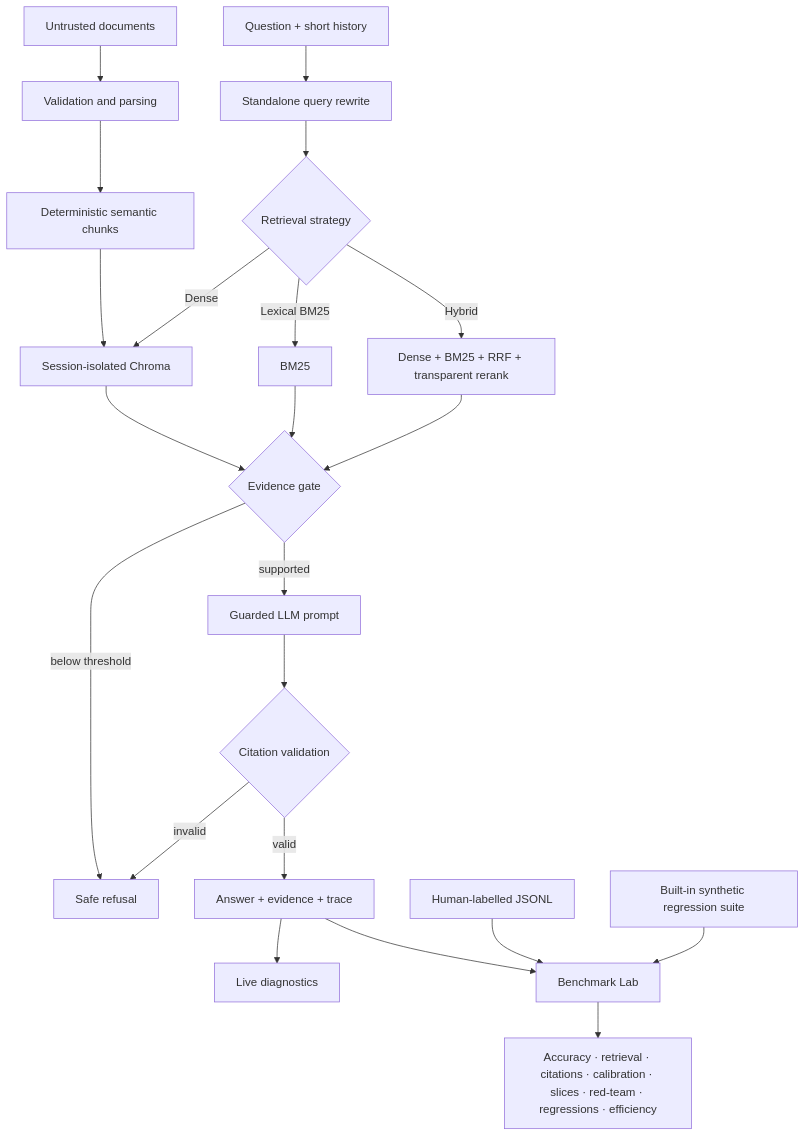
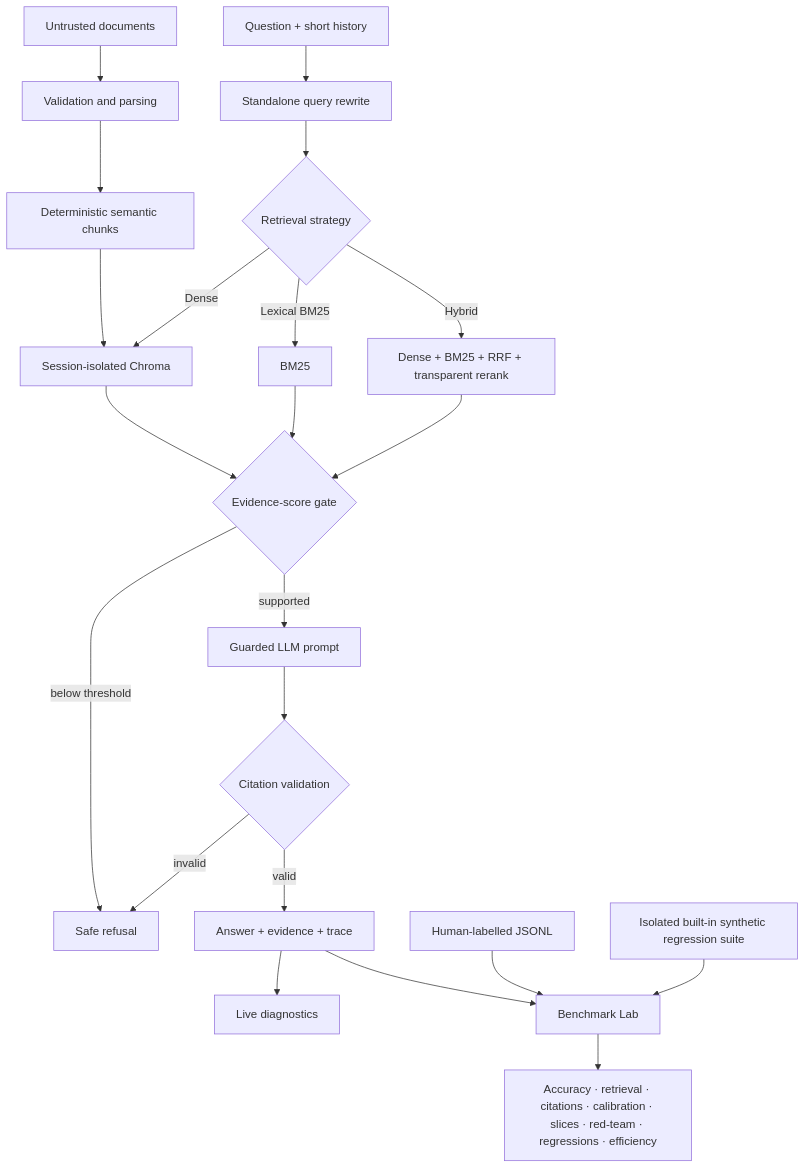
One commit to mohit231007/verirag-intelligence-studio changed the diagram in README.md. Above: the diagram before and after it, drawn with Mermaid. The commit also changed other lines of this file, not shown here.

Commit message:
Align v0.2 docs with safe dense default and strategy-specific score calibration

````diff
--- a/README.md
+++ b/README.md
@@ -40,24 +40,24 @@
 ```mermaid
 flowchart TD
     A["Untrusted documents"] --> B["Validation and parsing"]
     B --> C["Deterministic semantic chunks"]
     C --> D["Session-isolated Chroma"]
     Q["Question + short history"] --> R["Standalone query rewrite"]
     R --> RET{"Retrieval strategy"}
     RET -->|Dense| D
     RET -->|Lexical BM25| LEX["BM25"]
     RET -->|Hybrid| H["Dense + BM25 + RRF + transparent rerank"]
-    D --> G{"Evidence gate"}
+    D --> G{"Evidence-score gate"}
     LEX --> G
     H --> G
     G -->|below threshold| X["Safe refusal"]
     G -->|supported| L["Guarded LLM prompt"]
     L --> V{"Citation validation"}
     V -->|invalid| X
     V -->|valid| O["Answer + evidence + trace"]
     O --> E["Live diagnostics"]
     GOLD["Human-labelled JSONL"] --> LAB["Benchmark Lab"]
-    SYN["Built-in synthetic regression suite"] --> LAB
+    SYN["Isolated built-in synthetic regression suite"] --> LAB
     O --> LAB
     LAB --> M["Accuracy · retrieval · citations · calibration · slices · red-team · regressions · efficiency"]
 ```
````
